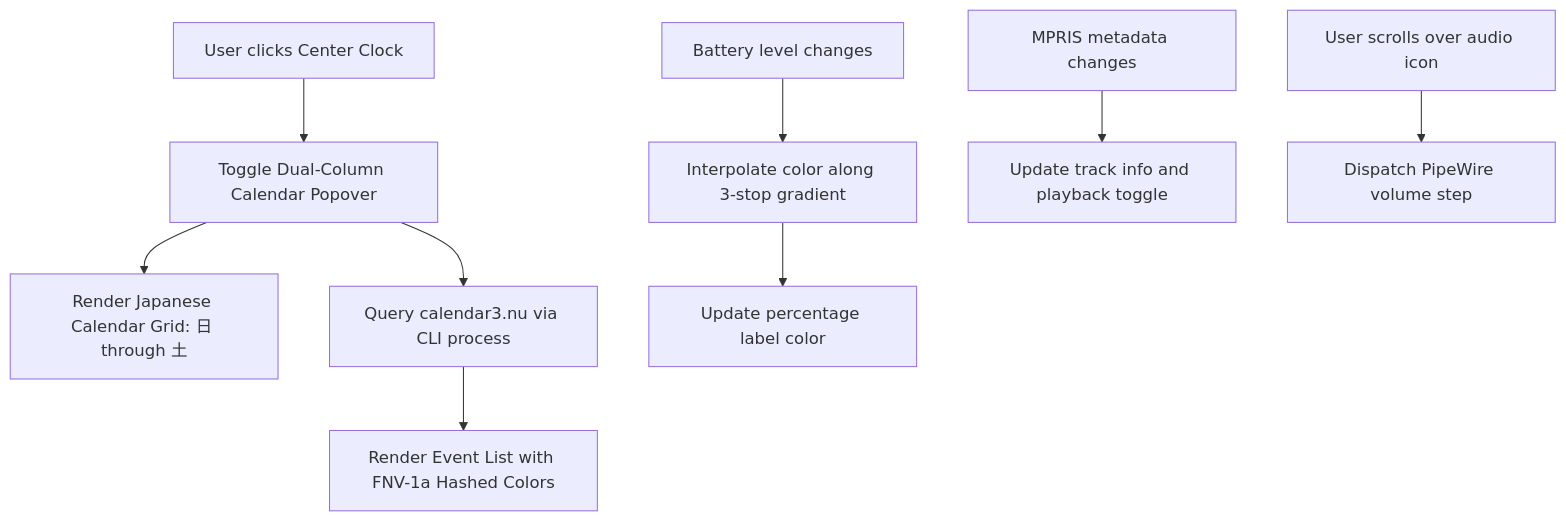
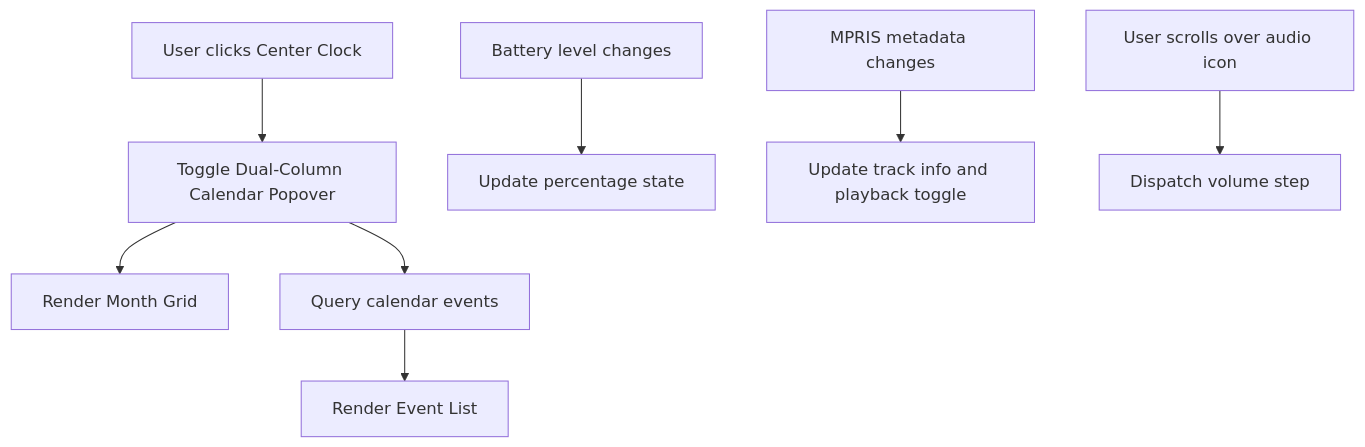
One commit to BeyondMagic/wisp changed the diagram in documentation/content/feature-record/003-system-tray.md. Above: the diagram before and after it, drawn with Mermaid. The commit also changed other lines of this file and 7 other files, not shown here.

````diff
--- a/documentation/content/feature-record/003-system-tray.md
+++ b/documentation/content/feature-record/003-system-tray.md
@@ -30,13 +25,12 @@
 ```mermaid
 flowchart TD
     ClickClock[User clicks Center Clock] --> TogglePopover[Toggle Dual-Column Calendar Popover]
-    TogglePopover --> RenderGrid[Render Japanese Calendar Grid: 日 through 土]
-    TogglePopover --> FetchEvents[Query calendar3.nu via CLI process]
-    FetchEvents --> RenderEvents[Render Event List with FNV-1a Hashed Colors]
+    TogglePopover --> RenderGrid[Render Month Grid]
+    TogglePopover --> FetchEvents[Query calendar events]
+    FetchEvents --> RenderEvents[Render Event List]
 
-    BatterySignal[Battery level changes] --> ComputeColor[Interpolate color along 3-stop gradient]
-    ComputeColor --> UpdateBatteryUI[Update percentage label color]
+    BatterySignal[Battery level changes] --> UpdateBatteryUI[Update percentage state]
 
     MediaSignal[MPRIS metadata changes] --> UpdatePlayerUI[Update track info and playback toggle]
-    ScrollVolume[User scrolls over audio icon] --> AdjustVolume[Dispatch PipeWire volume step]
+    ScrollVolume[User scrolls over audio icon] --> AdjustVolume[Dispatch volume step]
 ```
````
